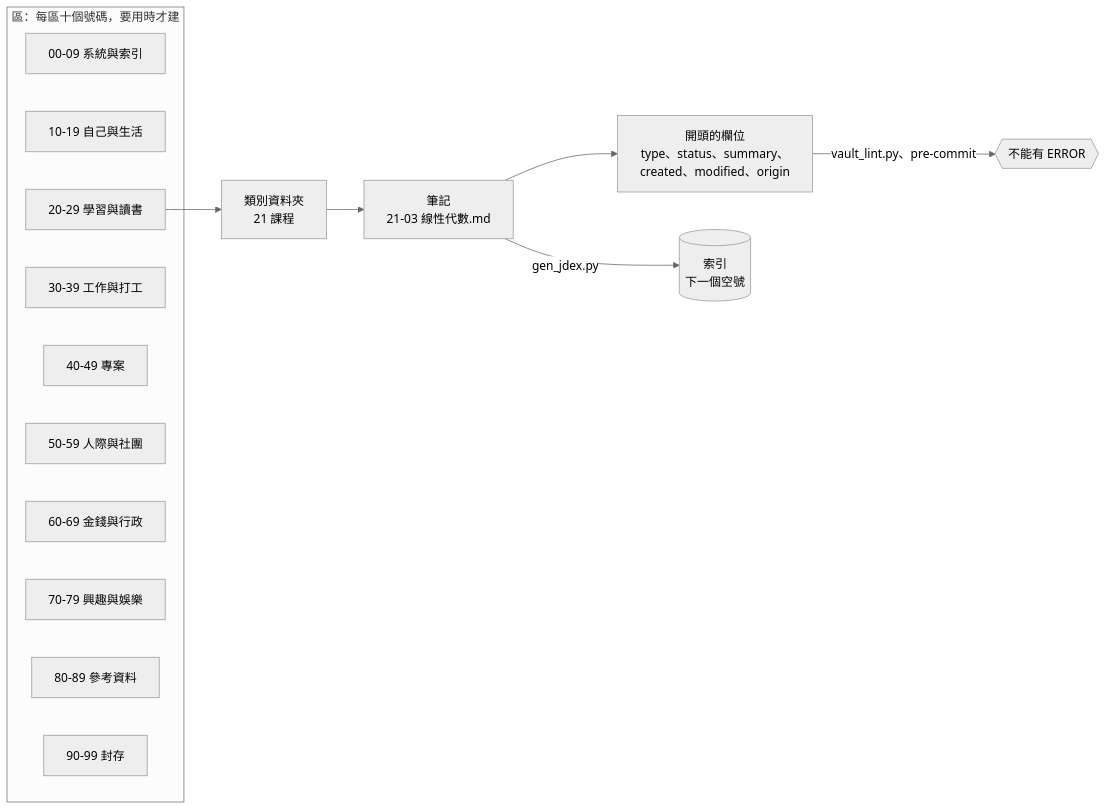
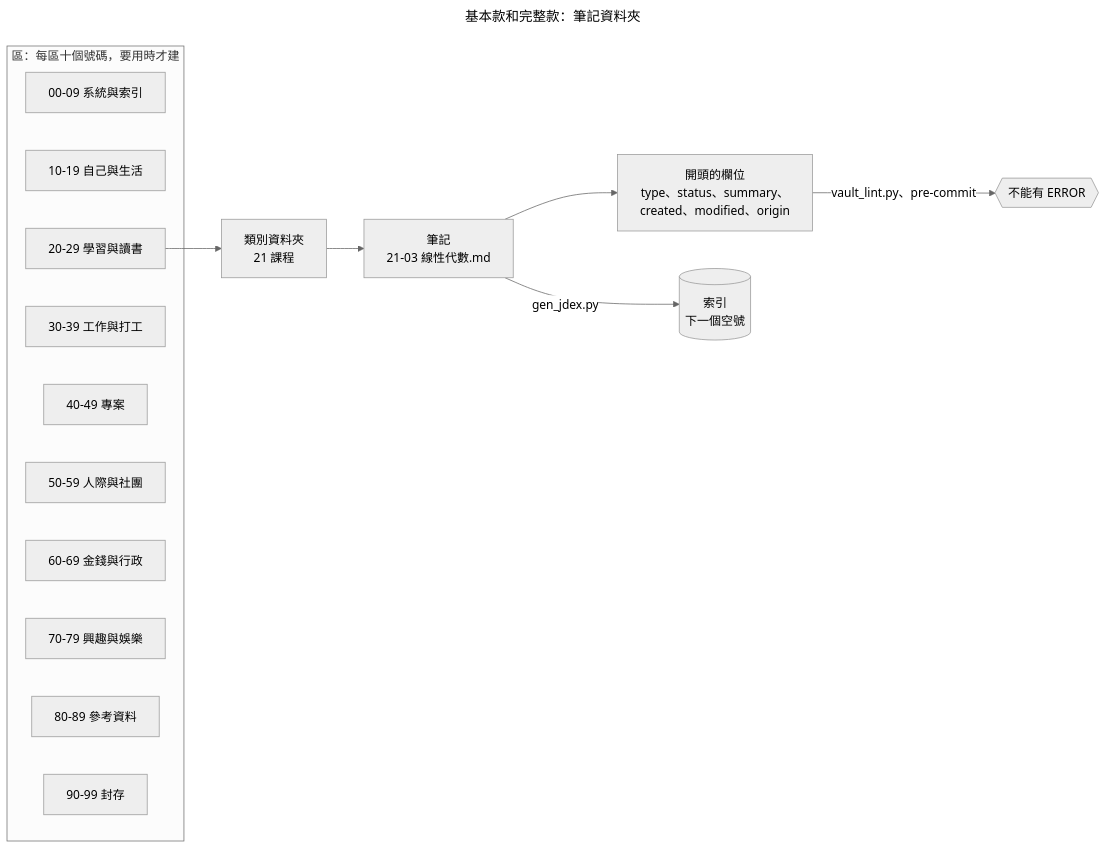
Before and after one commit to 0Smallcat0/second-brain-kit: the fifth of 6 diagrams in docs/zh-TW/進階功能.md, drawn with Mermaid (neutral theme). The commit also changed other lines of this file and 48 other files, not shown here.

````diff
--- a/docs/zh-TW/進階功能.md
+++ b/docs/zh-TW/進階功能.md
@@ -147,20 +205,23 @@
 ```mermaid
+---
+title: "基本款和完整款：筆記資料夾"
+---
 flowchart LR
   subgraph Areas["區：每區十個號碼，要用時才建"]
     A0["00-09 系統與索引"]
     A1["10-19 自己與生活"]
     A2["20-29 學習與讀書"]
     A3["30-39 工作與打工"]
     A4["40-49 專案"]
     A5["50-59 人際與社團"]
     A6["60-69 金錢與行政"]
     A7["70-79 興趣與娛樂"]
     A8["80-89 參考資料"]
     A9["90-99 封存"]
   end
   A2 --> C["類別資料夾<br/>21 課程"]
   C --> N["筆記<br/>21-03 線性代數.md"]
   N --> F["開頭的欄位<br/>type、status、summary、<br/>created、modified、origin"]
   N -->|gen_jdex.py| J[("索引<br/>下一個空號")]
   F -->|vault_lint.py、pre-commit| L{{"不能有 ERROR"}}
 ```
````
